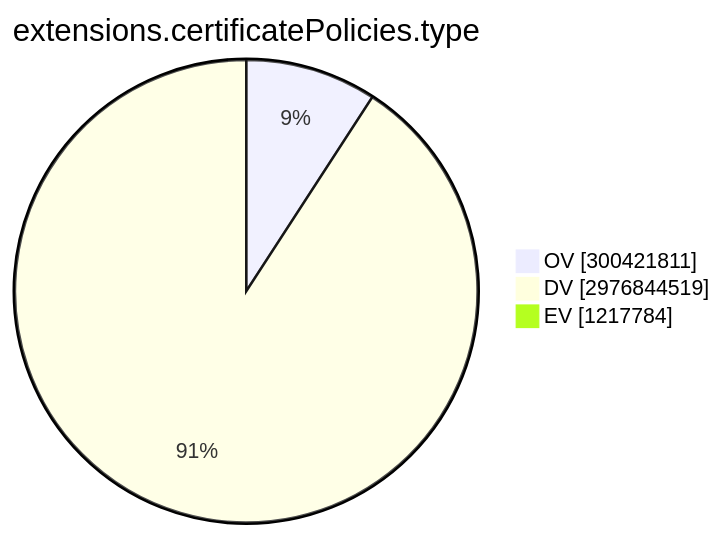
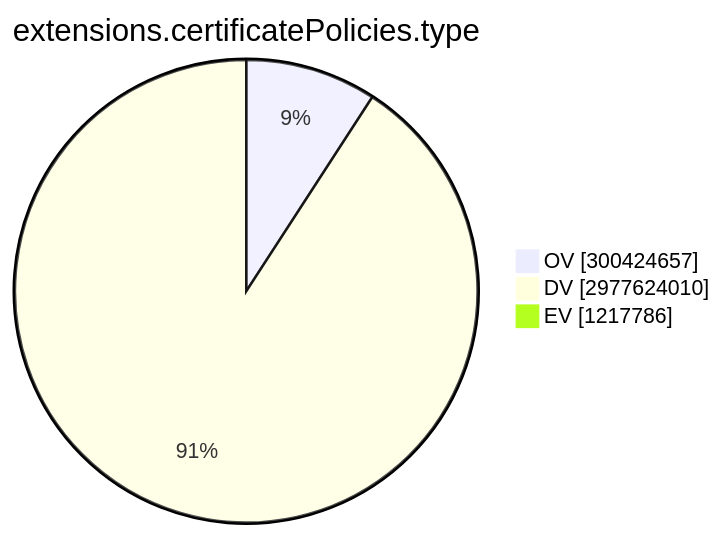
Before and after one commit to christiankrug/ctmonitor_visualization: the ninth of 15 diagrams in TOTAL/README.md, drawn with Mermaid. The commit also changed other lines of this file, not shown here.

````diff
--- a/TOTAL/README.md
+++ b/TOTAL/README.md
@@ -3101,7 +3101,7 @@
 ```mermaid
 pie showData
 title extensions.certificatePolicies.type
-"OV" :300421811
-"DV" :2976844519
-"EV" :1217784
+"OV" :300424657
+"DV" :2977624010
+"EV" :1217786
 ```
````
